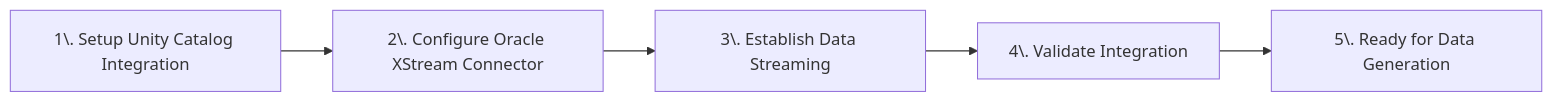
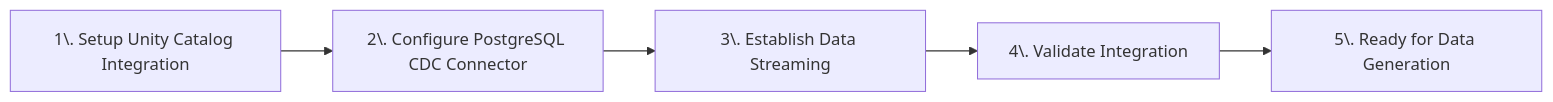
Before and after one commit to confluentinc/workshop-tableflow-databricks: the first of 2 diagrams in labs/LAB3_tableflow_and_connector/LAB3.md, drawn with Mermaid. The commit also changed other lines of this file and 85 other files, not shown here.

````diff
--- a/labs/LAB3_tableflow_and_connector/LAB3.md
+++ b/labs/LAB3_tableflow_and_connector/LAB3.md
@@ -9,7 +9,7 @@
 ```mermaid
 graph LR
-   A[1\. Setup Unity Catalog Integration] --> B[2\. Configure Oracle XStream Connector]
+   A[1\. Setup Unity Catalog Integration] --> B[2\. Configure PostgreSQL CDC Connector]
    B --> C[3\. Establish Data Streaming]
    C --> D[4\. Validate Integration]
    D --> E[5\. Ready for Data Generation]
 ```
````
